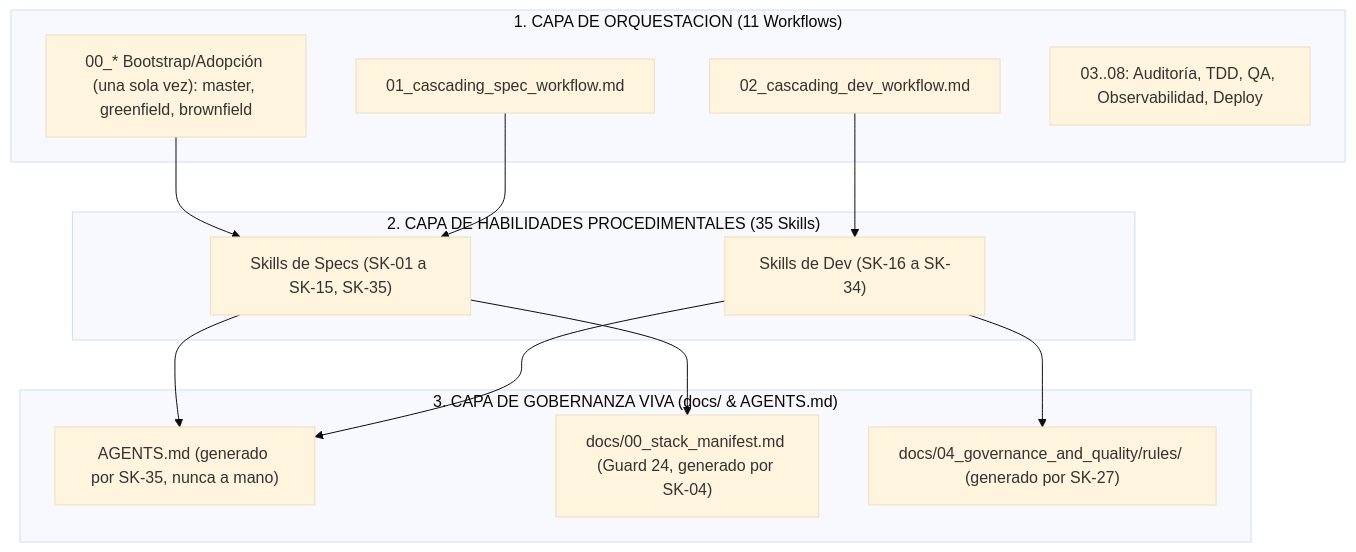
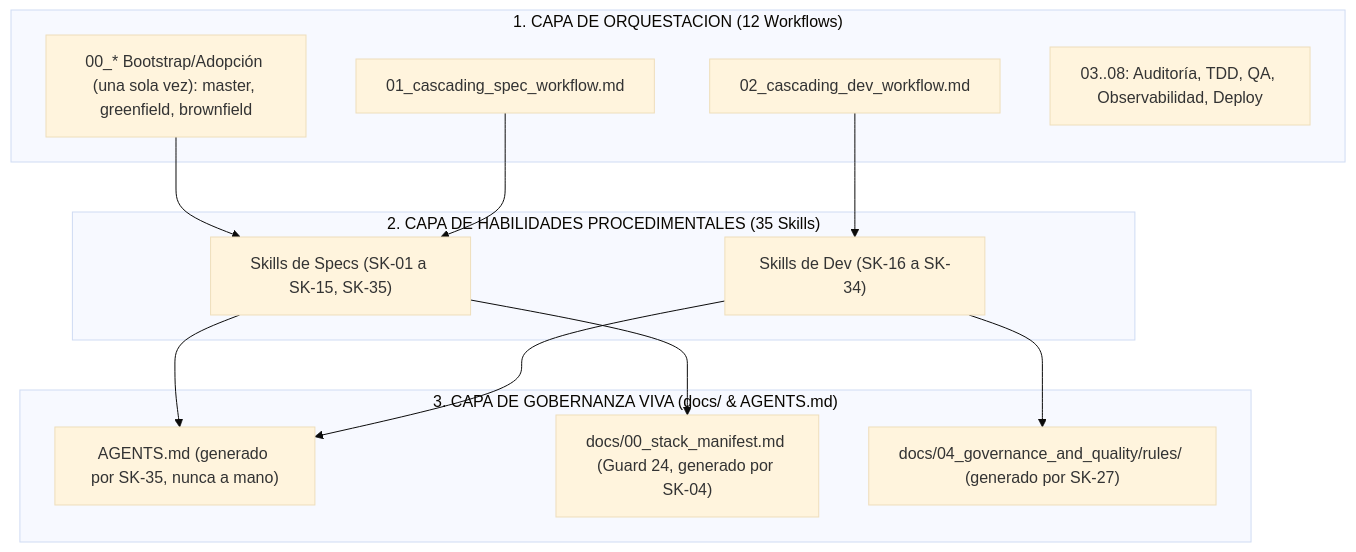
Before and after one commit to LIDR-academy/AI4Devs-finalproject: the diagram in .agents/README.md, drawn with Mermaid (base theme). The commit also changed other lines of this file and 5 other files, not shown here.

````diff
--- a/.agents/README.md
+++ b/.agents/README.md
@@ -42,28 +42,28 @@
 ```mermaid
 flowchart TD
-    subgraph CAPA1 ["1. CAPA DE ORQUESTACION (11 Workflows)"]
+    subgraph CAPA1 ["1. CAPA DE ORQUESTACION (12 Workflows)"]
         W00["00_* Bootstrap/Adopción (una sola vez): master, greenfield, brownfield"]
         W01["01_cascading_spec_workflow.md"]
         W02["02_cascading_dev_workflow.md"]
         W0X["03..08: Auditoría, TDD, QA, Observabilidad, Deploy"]
     end
 
     subgraph CAPA2 ["2. CAPA DE HABILIDADES PROCEDIMENTALES (35 Skills)"]
         S_Spec["Skills de Specs (SK-01 a SK-15, SK-35)"]
         S_Dev["Skills de Dev (SK-16 a SK-34)"]
     end
 
     subgraph CAPA3 ["3. CAPA DE GOBERNANZA VIVA (docs/ & AGENTS.md)"]
         AGENTS["AGENTS.md (generado por SK-35, nunca a mano)"]
         StackManifest["docs/00_stack_manifest.md (Guard 24, generado por SK-04)"]
         Rules["docs/04_governance_and_quality/rules/ (generado por SK-27)"]
     end
 
     W00 --> S_Spec
     W01 --> S_Spec
     W02 --> S_Dev
     S_Spec --> AGENTS
     S_Spec --> StackManifest
     S_Dev --> AGENTS
     S_Dev --> Rules
 ```
````
